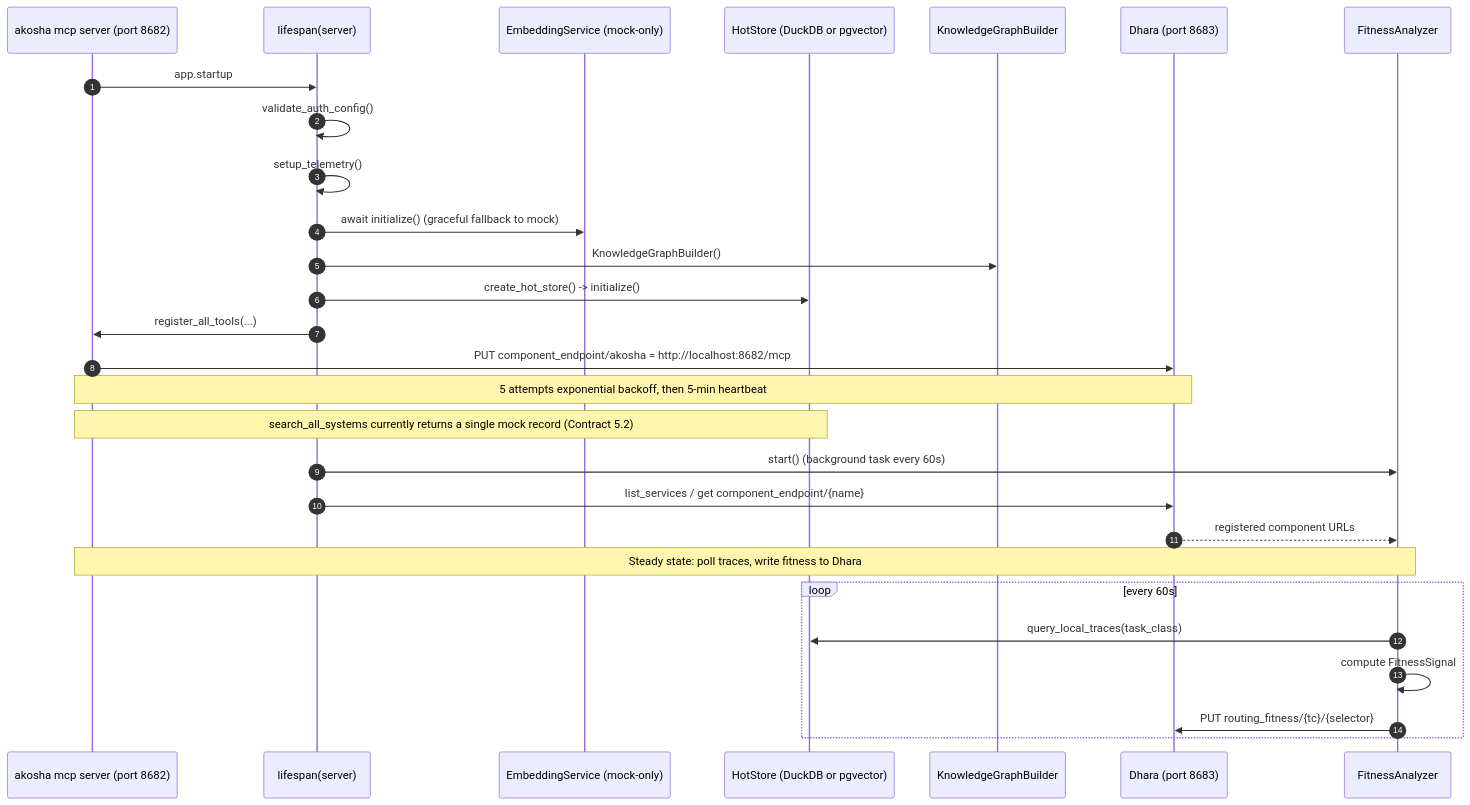
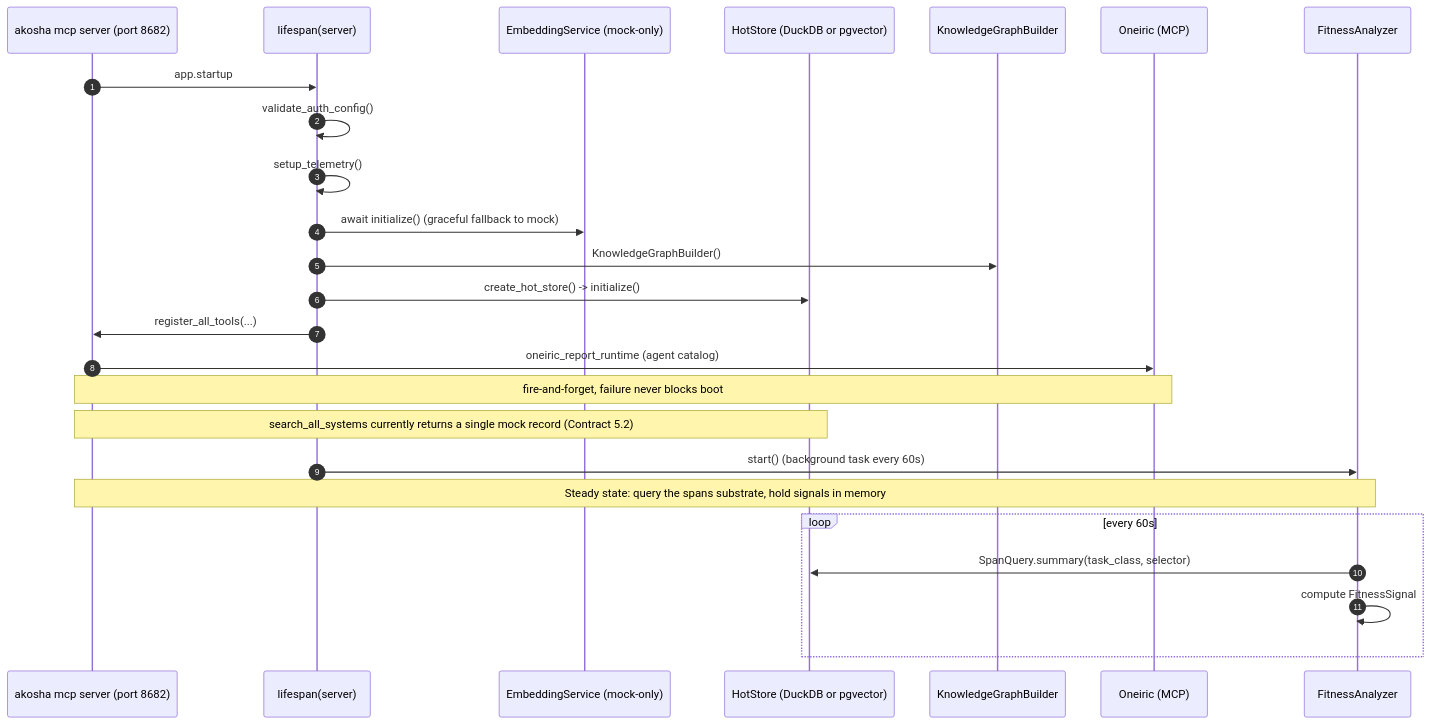
The second of 2 diagrams in docs/architecture/MEMORY_ARCHITECTURE.md (lesleslie/akosha), drawn with Mermaid before and after one commit. The commit also changed other lines of this file and 24 other files, not shown here.

First line of the commit message:
refactor(dhara): remove every Dhara reference from akosha

````diff
--- a/docs/architecture/MEMORY_ARCHITECTURE.md
+++ b/docs/architecture/MEMORY_ARCHITECTURE.md
@@ -264,32 +265,29 @@
 ```mermaid
 sequenceDiagram
     autonumber
     participant CLI as akosha mcp server (port 8682)
     participant LS as lifespan(server)
     participant EMB as EmbeddingService (mock-only)
     participant HS as HotStore (DuckDB or pgvector)
     participant KG as KnowledgeGraphBuilder
-    participant DH as Dhara (port 8683)
+    participant ON as Oneiric (MCP)
     participant FA as FitnessAnalyzer
 
     CLI->>LS: app.startup
     LS->>LS: validate_auth_config()
     LS->>LS: setup_telemetry()
     LS->>EMB: await initialize() (graceful fallback to mock)
     LS->>KG: KnowledgeGraphBuilder()
     LS->>HS: create_hot_store() -> initialize()
     LS->>CLI: register_all_tools(...)
-    CLI->>DH: PUT component_endpoint/akosha = http://localhost:8682/mcp
-    Note over CLI,DH: 5 attempts exponential backoff, then 5-min heartbeat
+    CLI->>ON: oneiric_report_runtime (agent catalog)
+    Note over CLI,ON: fire-and-forget, failure never blocks boot
     Note over CLI,HS: search_all_systems currently returns a single mock record (Contract 5.2)
     LS->>FA: start() (background task every 60s)
-    LS->>DH: list_services / get component_endpoint/{name}
-    DH-->>FA: registered component URLs
 
-    Note over CLI,FA: Steady state: poll traces, write fitness to Dhara
+    Note over CLI,FA: Steady state: query the spans substrate, hold signals in memory
     loop every 60s
-        FA->>HS: query_local_traces(task_class)
+        FA->>HS: SpanQuery.summary(task_class, selector)
         FA->>FA: compute FitnessSignal
-        FA->>DH: PUT routing_fitness/{tc}/{selector}
     end
 ```
````
